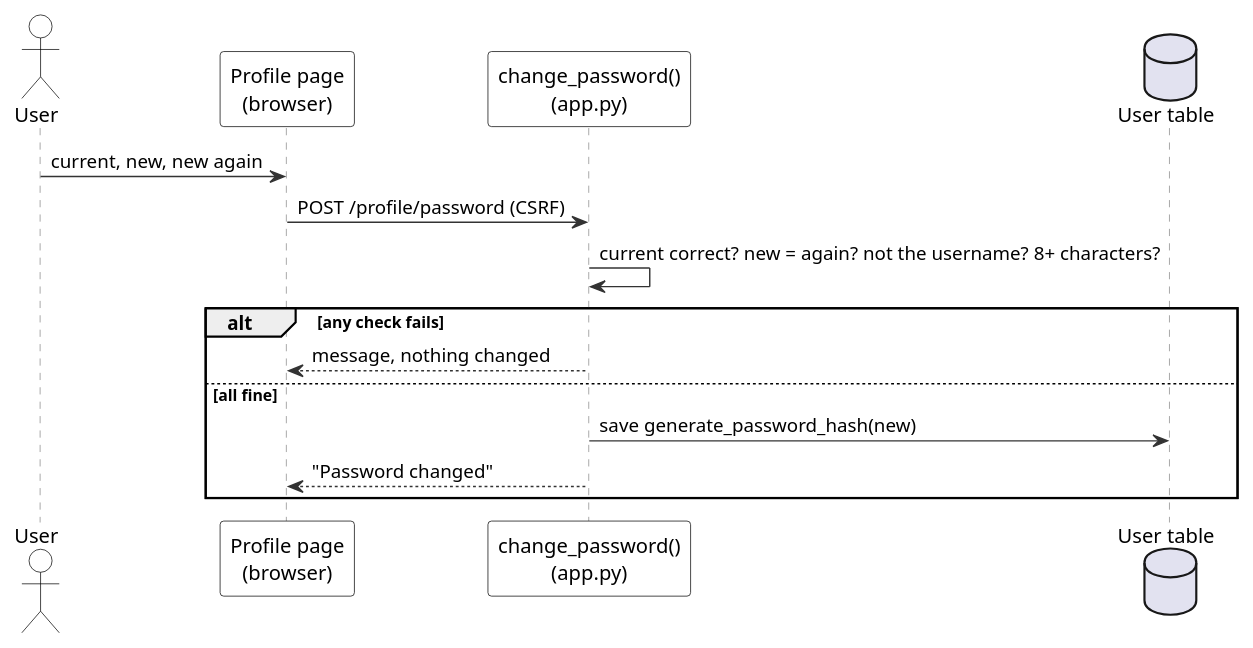
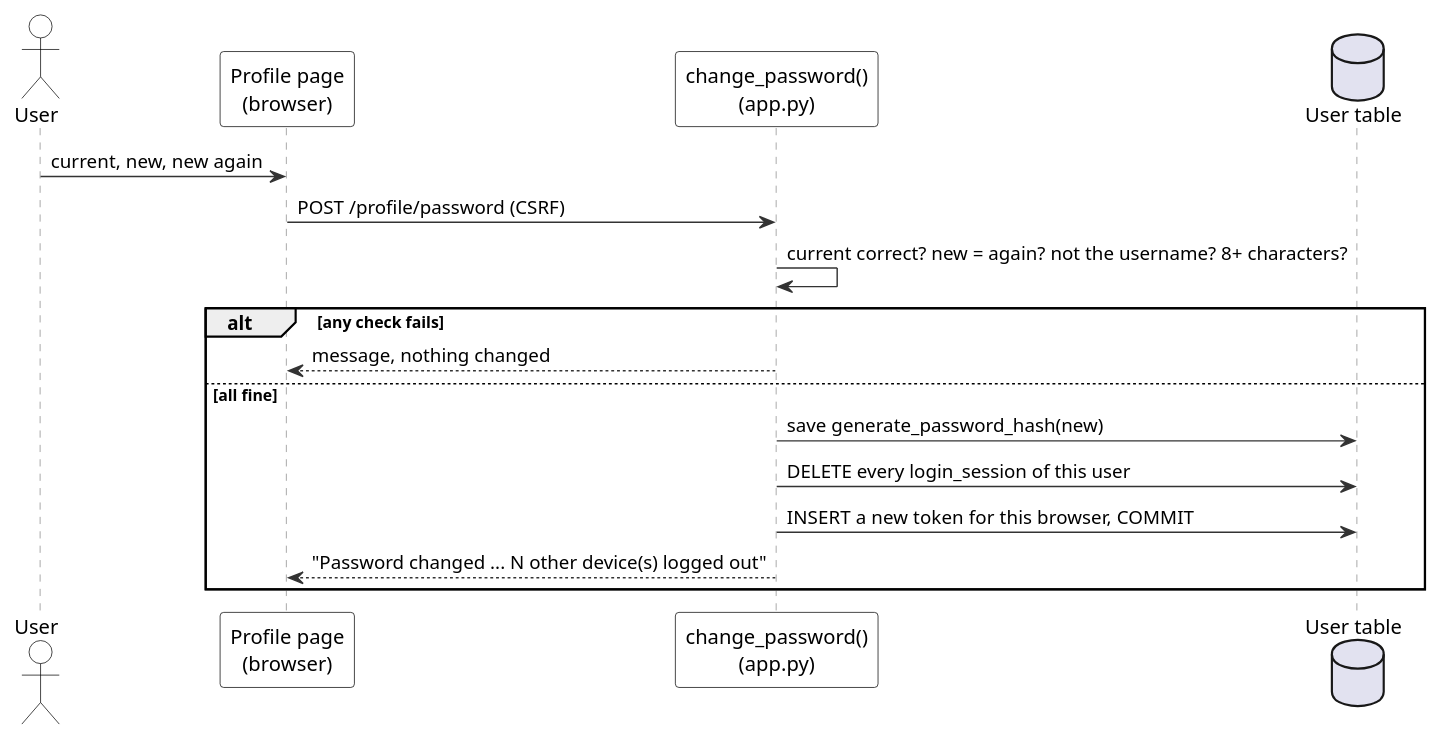
The diagram in diagrams/uml/17_seq_change_password.puml (JmlAsync/inventory-pos-system), drawn with PlantUML before and after one commit. The commit also changed 79 other files, not shown here.

First line of the commit message:
Docs: diagrams redrawn for v0.20.4

```diff
--- a/diagrams/uml/17_seq_change_password.puml
+++ b/diagrams/uml/17_seq_change_password.puml
@@ -1,55 +1,57 @@
 @startuml
-' Sequence: change password - Inventory & POS System v0.18.2 (report, Lecture 5)
+' Sequence: change password - Inventory & POS System v0.20.4 (report, Lecture 5; redrawn 2026-10-12)
 ' Edit: paste into draw.io (Arrange > Insert > Advanced > PlantUML) or planttext.com
 skinparam defaultFontName Arial
 skinparam shadowing false
 skinparam ArrowColor #333333
 skinparam rectangle {
   BackgroundColor White
   BorderColor Black
 }
 skinparam usecase {
   BackgroundColor White
   BorderColor Black
 }
 skinparam class {
   BackgroundColor White
   BorderColor Black
   HeaderBackgroundColor #E6F1EE
 }
 skinparam activity {
   BackgroundColor White
   BorderColor Black
 }
 skinparam state {
   BackgroundColor White
   BorderColor Black
 }
 skinparam sequence {
   ParticipantBackgroundColor White
   ParticipantBorderColor Black
   LifeLineBorderColor #888888
   ActorBorderColor Black
   ActorBackgroundColor White
 }
 skinparam note {
   BackgroundColor #FFFBEA
   BorderColor #C9B458
 }
 skinparam swimlaneWidth same
 hide circle
 
 actor User
 participant "Profile page\n(browser)" as UI
 participant "change_password()\n(app.py)" as C
 database "User table" as DB
 User -> UI : current, new, new again
 UI -> C : POST /profile/password (CSRF)
 C -> C : current correct? new = again? not the username? 8+ characters?
 alt any check fails
   C --> UI : message, nothing changed
 else all fine
   C -> DB : save generate_password_hash(new)
-  C --> UI : "Password changed"
+  C -> DB : DELETE every login_session of this user
+  C -> DB : INSERT a new token for this browser, COMMIT
+  C --> UI : "Password changed ... N other device(s) logged out"
 end
 @enduml
```
